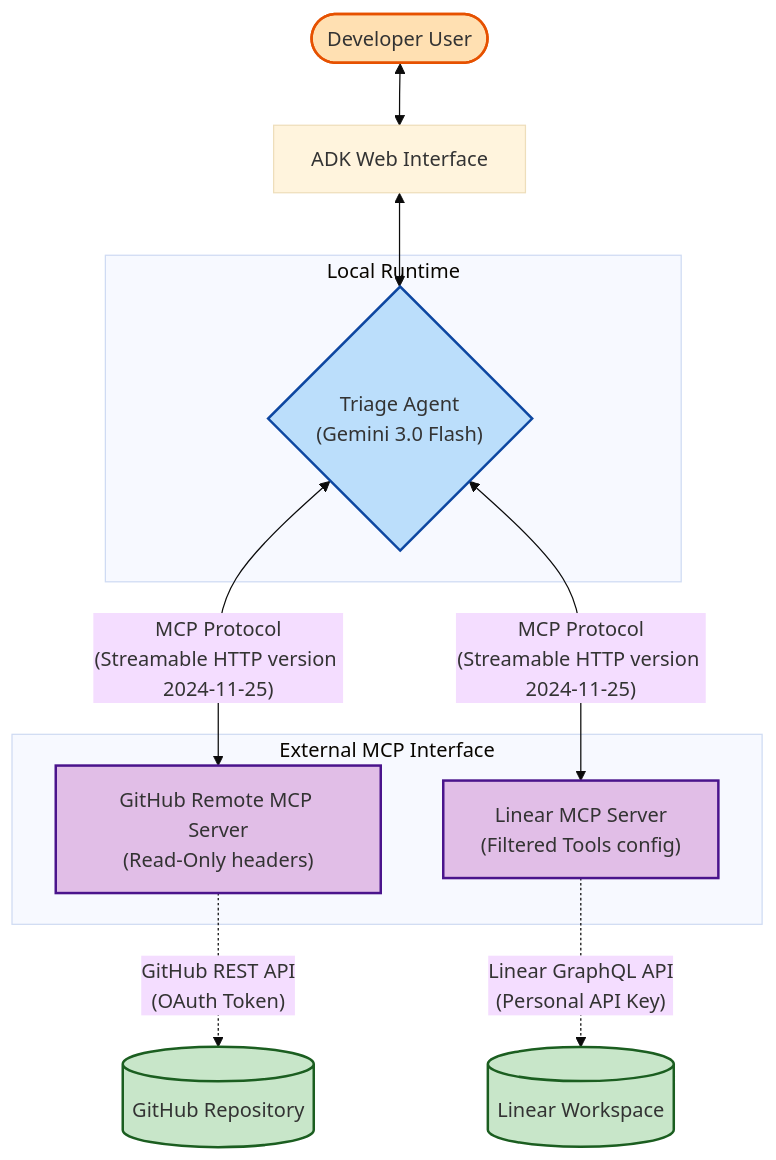
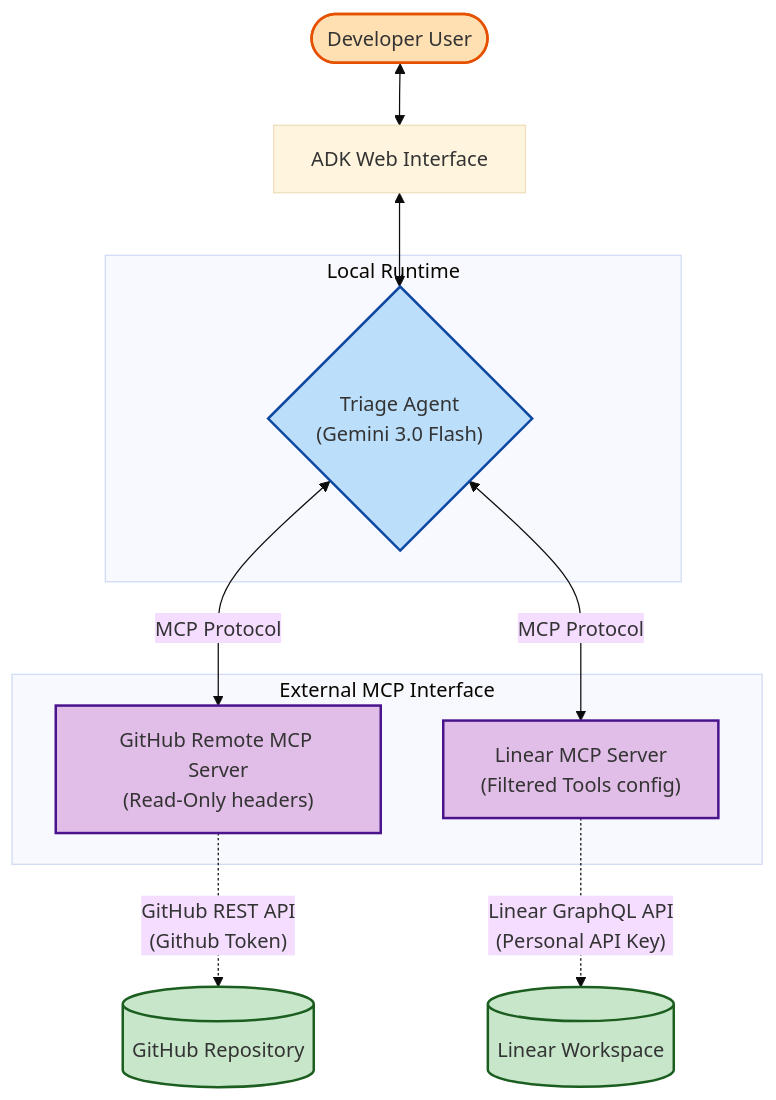
Before and after one commit to rovindra/web-master: the diagram in architecture.md, drawn with Mermaid (base theme).

Commit message:
Simplify MCP Protocol references in architecture.md

````diff
--- a/architecture.md
+++ b/architecture.md
@@ -5,30 +5,30 @@
 ```mermaid
 graph TD
     User(["Developer User"]) <--> UI["ADK Web Interface"]
     UI <--> Agent{"Triage Agent<br>(Gemini 3.0 Flash)"}
     
     subgraph Local Runtime
         Agent
     end
     
     subgraph External MCP Interface
         GH_MCP["GitHub Remote MCP Server<br>(Read-Only headers)"]
         LIN_MCP["Linear MCP Server<br>(Filtered Tools config)"]
     end
     
-    Agent <-- "MCP Protocol<br>(Streamable HTTP version 2024-11-25)" --> GH_MCP
-    Agent <-- "MCP Protocol<br>(Streamable HTTP version 2024-11-25)" --> LIN_MCP
+    Agent <-- "MCP Protocol" --> GH_MCP
+    Agent <-- "MCP Protocol" --> LIN_MCP
     
-    GH_MCP -. "GitHub REST API<br>(OAuth Token)" .-> GitHub[("GitHub Repository")]
+    GH_MCP -. "GitHub REST API<br>(Github Token)" .-> GitHub[("GitHub Repository")]
     LIN_MCP -. "Linear GraphQL API<br>(Personal API Key)" .-> Linear[("Linear Workspace")]
     
     classDef runtime fill:#BBDEFB,stroke:#0D47A1,stroke-width:2px;
     classDef mcp fill:#E1BEE7,stroke:#4A148C,stroke-width:2px;
     classDef target fill:#C8E6C9,stroke:#1B5E20,stroke-width:2px;
     classDef user fill:#FFE0B2,stroke:#E65100,stroke-width:2px;
     
     class Agent runtime;
     class GH_MCP,LIN_MCP mcp;
     class GitHub,Linear target;
     class User user;
 ```
````
